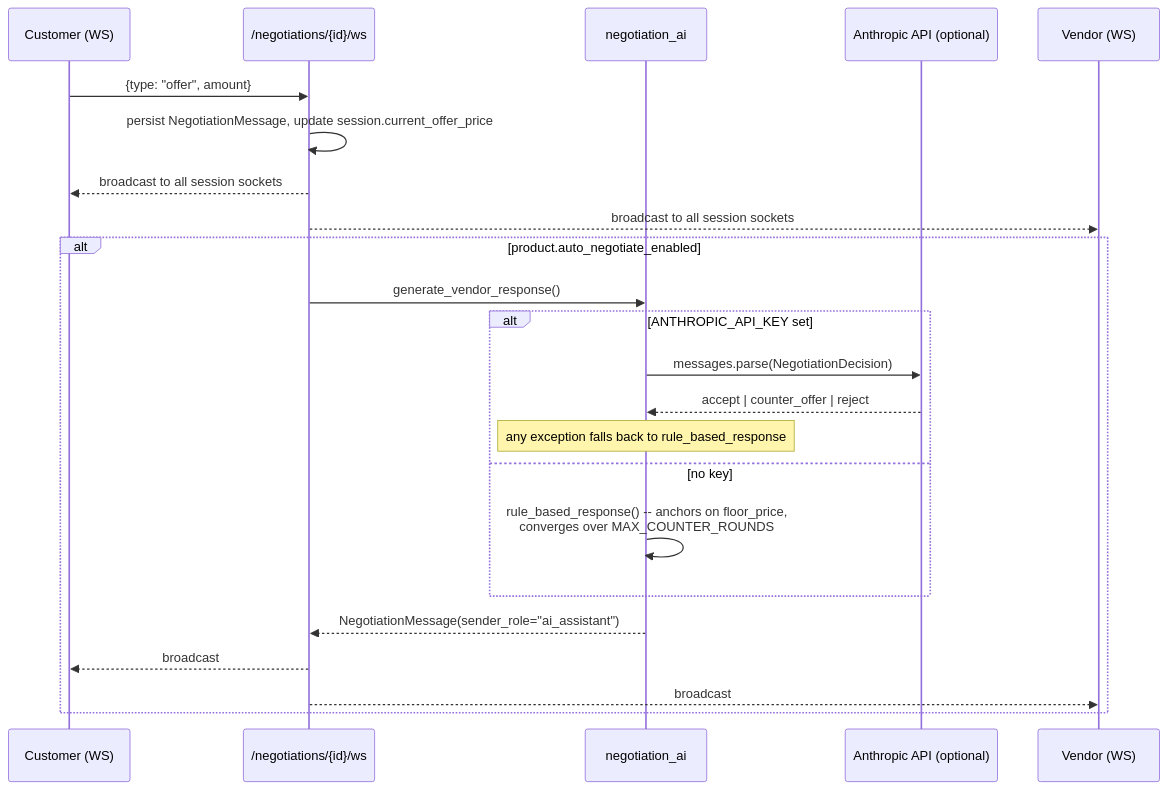
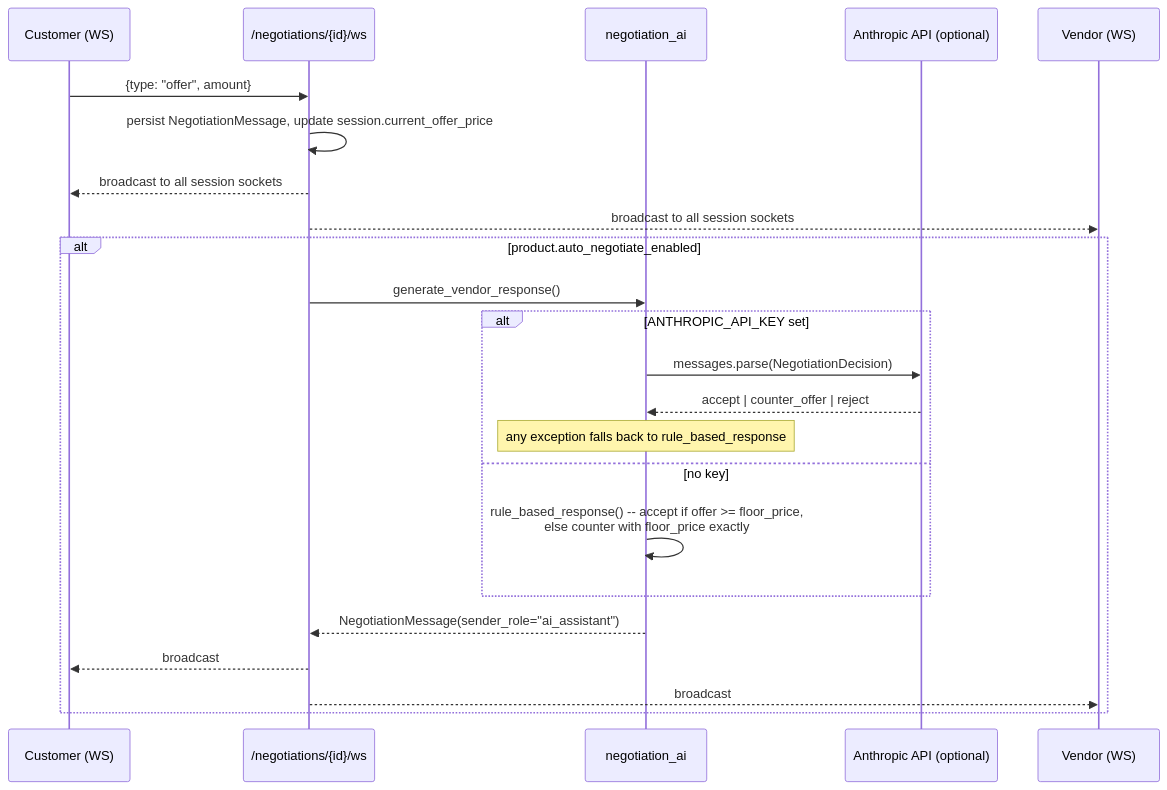
The third of 5 diagrams in docs/LLD.md (Dracula-5/AI-TICKETING-SYSTEM), drawn with Mermaid before and after one commit. The commit also changed 2 other files, not shown here.

````diff
--- a/docs/LLD.md
+++ b/docs/LLD.md
@@ -257,26 +257,26 @@
 ```mermaid
 sequenceDiagram
     participant Cu as Customer (WS)
     participant WS as /negotiations/{id}/ws
     participant Eng as negotiation_ai
     participant LLM as Anthropic API (optional)
     participant Ve as Vendor (WS)
 
     Cu->>WS: {type: "offer", amount}
     WS->>WS: persist NegotiationMessage, update session.current_offer_price
     WS-->>Cu: broadcast to all session sockets
     WS-->>Ve: broadcast to all session sockets
     alt product.auto_negotiate_enabled
         WS->>Eng: generate_vendor_response()
         alt ANTHROPIC_API_KEY set
             Eng->>LLM: messages.parse(NegotiationDecision)
             LLM-->>Eng: accept | counter_offer | reject
             Note over Eng: any exception falls back to rule_based_response
         else no key
-            Eng->>Eng: rule_based_response() -- anchors on floor_price,<br/>converges over MAX_COUNTER_ROUNDS
+            Eng->>Eng: rule_based_response() -- accept if offer >= floor_price,<br/>else counter with floor_price exactly
         end
         Eng-->>WS: NegotiationMessage(sender_role="ai_assistant")
         WS-->>Cu: broadcast
         WS-->>Ve: broadcast
     end
 ```
````
